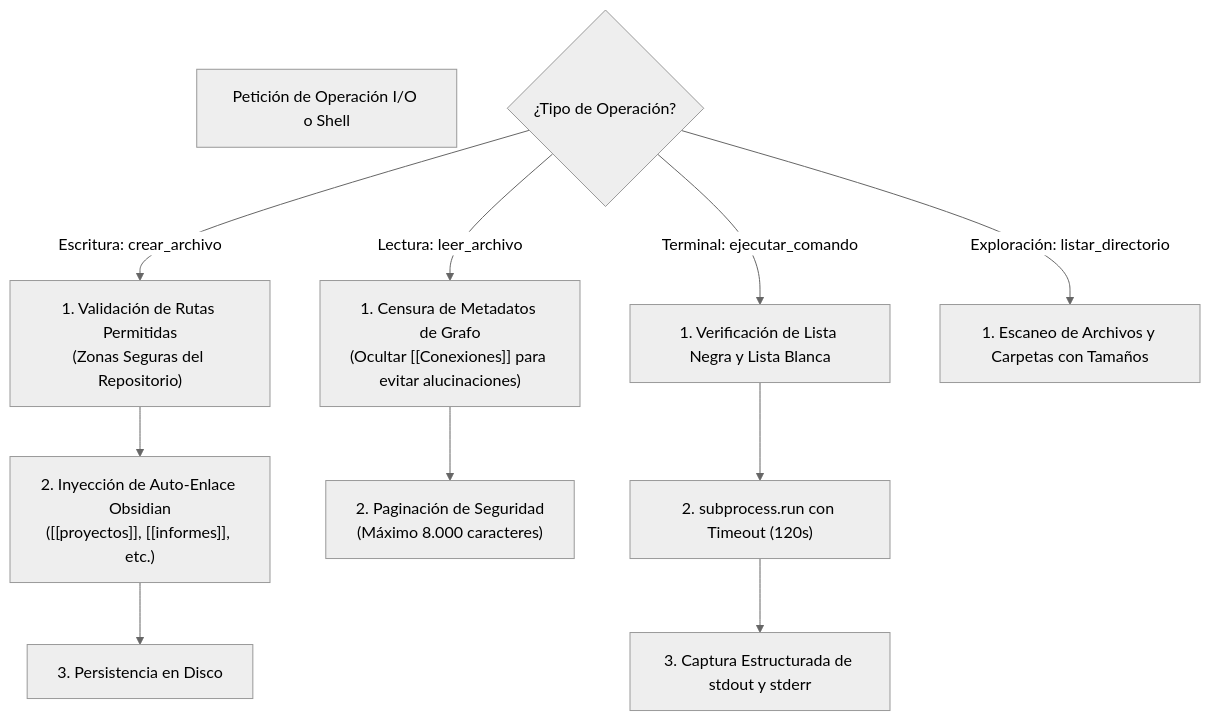
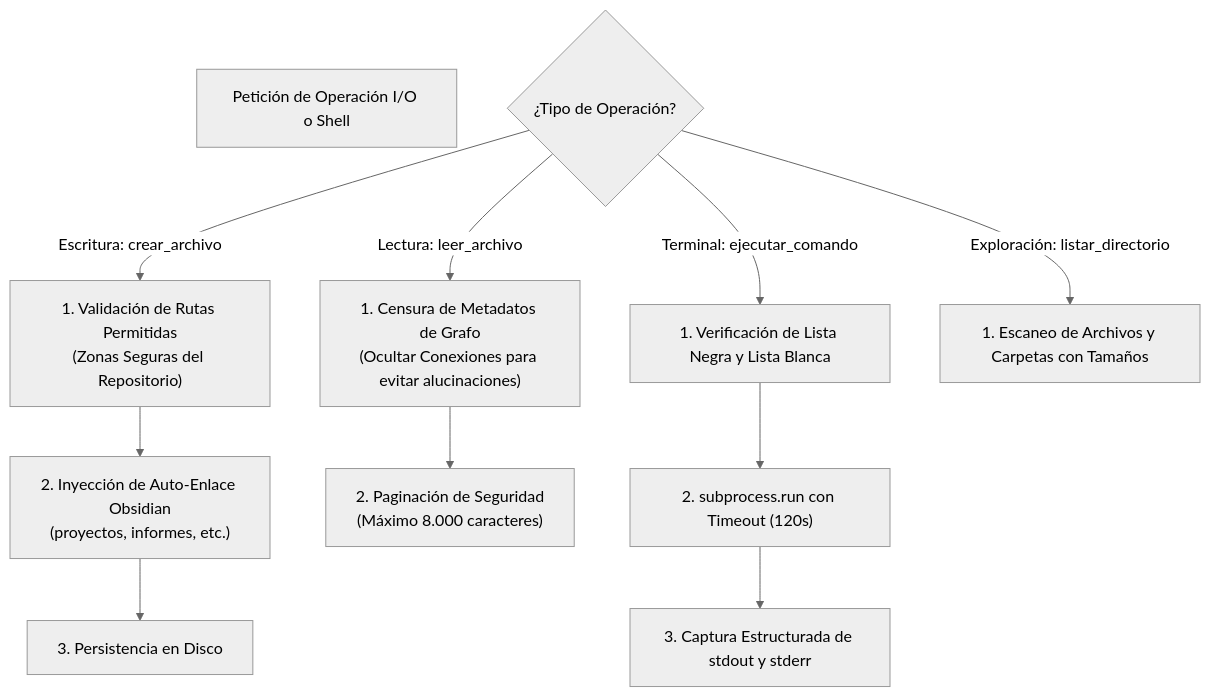
The diagram in Agente_Orquestador/skills/base/Skill_Base_Agente_Orquestador.md (wuil3529-lenny/Agentes), drawn with Mermaid (neutral theme) before and after one commit. The commit also changed other lines of this file and 370 other files, not shown here.

````diff
--- a/Agente_Orquestador/skills/base/Skill_Base_Agente_Orquestador.md
+++ b/Agente_Orquestador/skills/base/Skill_Base_Agente_Orquestador.md
@@ -36,18 +36,18 @@
 ```mermaid
 flowchart TD
     Operacion["Petición de Operación I/O o Shell"]
     TipoOp{¿Tipo de Operación?}
 
     TipoOp -->|Escritura: crear_archivo| ValidaRuta["1. Validación de Rutas Permitidas\n(Zonas Seguras del Repositorio)"]
-    ValidaRuta --> AutoObsidian["2. Inyección de Auto-Enlace Obsidian\n([[proyectos]], [[informes]], etc.)"]
+    ValidaRuta --> AutoObsidian["2. Inyección de Auto-Enlace Obsidian\n(proyectos, informes, etc.)"]
     AutoObsidian --> EscrituraDisco["3. Persistencia en Disco"]
 
-    TipoOp -->|Lectura: leer_archivo| CensuraGrafo["1. Censura de Metadatos de Grafo\n(Ocultar [[Conexiones]] para evitar alucinaciones)"]
+    TipoOp -->|Lectura: leer_archivo| CensuraGrafo["1. Censura de Metadatos de Grafo\n(Ocultar Conexiones para evitar alucinaciones)"]
     CensuraGrafo --> PaginaContexto["2. Paginación de Seguridad\n(Máximo 8.000 caracteres)"]
 
     TipoOp -->|Terminal: ejecutar_comando| CheckFirewall["1. Verificación de Lista Negra y Lista Blanca"]
     CheckFirewall --> EjecutaSubprocess["2. subprocess.run con Timeout (120s)"]
     EjecutaSubprocess --> RetornoDual["3. Captura Estructurada de stdout y stderr"]
 
     TipoOp -->|Exploración: listar_directorio| EscaneoDisco["1. Escaneo de Archivos y Carpetas con Tamaños"]
 ```
````
